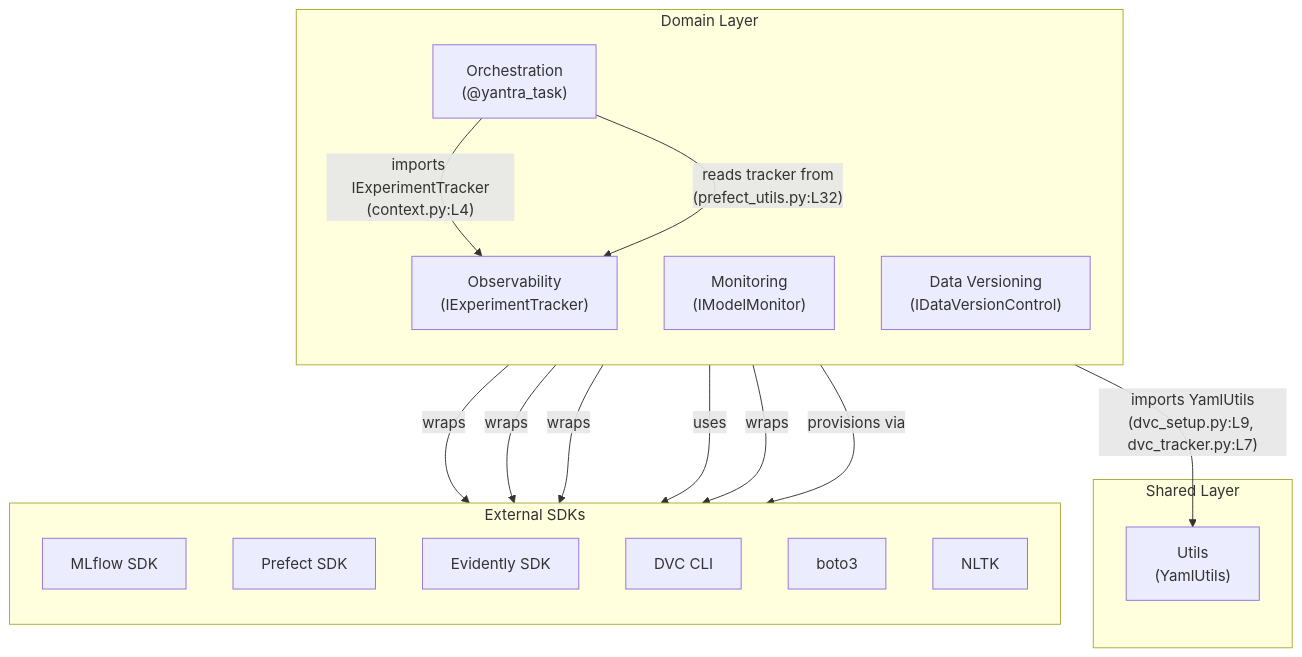
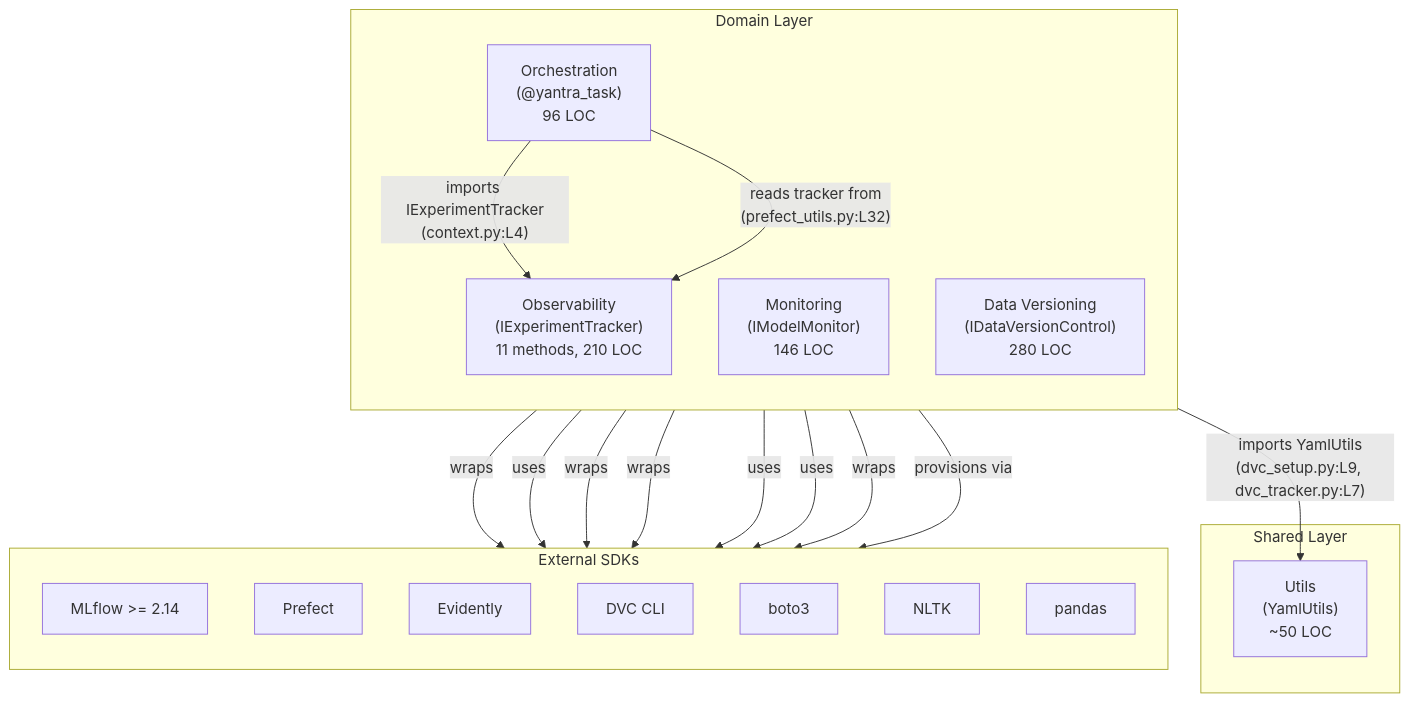
The first of 3 diagrams in docs/paper/cross_module/interactions.md (NikhilVijayakumar/Yantra), drawn with Mermaid before and after one commit. The commit also changed other lines of this file and 24 other files, not shown here.

````diff
--- a/docs/paper/cross_module/interactions.md
+++ b/docs/paper/cross_module/interactions.md
@@ -22,35 +32,38 @@
 ```mermaid
 flowchart TD
     subgraph "Domain Layer"
         direction TB
-        OBS["Observability\n(IExperimentTracker)"]
-        ORC["Orchestration\n(@yantra_task)"]
-        MON["Monitoring\n(IModelMonitor)"]
-        DV["Data Versioning\n(IDataVersionControl)"]
+        OBS["Observability\n(IExperimentTracker)\n11 methods, 210 LOC"]
+        ORC["Orchestration\n(@yantra_task)\n96 LOC"]
+        MON["Monitoring\n(IModelMonitor)\n146 LOC"]
+        DV["Data Versioning\n(IDataVersionControl)\n280 LOC"]
     end
 
     subgraph "Shared Layer"
-        UTL["Utils\n(YamlUtils)"]
+        UTL["Utils\n(YamlUtils)\n~50 LOC"]
     end
 
     subgraph "External SDKs"
         direction TB
-        MLF["MLflow SDK"]
-        PFT["Prefect SDK"]
-        EVI["Evidently SDK"]
+        MLF["MLflow >= 2.14"]
+        PFT["Prefect"]
+        EVI["Evidently"]
         DVC["DVC CLI"]
         BOTO["boto3"]
         NLTK["NLTK"]
+        PD["pandas"]
     end
 
     ORC -->|"imports IExperimentTracker\n(context.py:L4)"| OBS
     ORC -->|"reads tracker from\n(prefect_utils.py:L32)"| OBS
     DV -->|"imports YamlUtils\n(dvc_setup.py:L9, dvc_tracker.py:L7)"| UTL
     
     OBS -->|wraps| MLF
+    OBS -->|uses| PD
     ORC -->|wraps| PFT
     MON -->|wraps| EVI
     MON -->|uses| NLTK
+    MON -->|uses| PD
     DV -->|wraps| DVC
     DV -->|provisions via| BOTO
 ```
````
